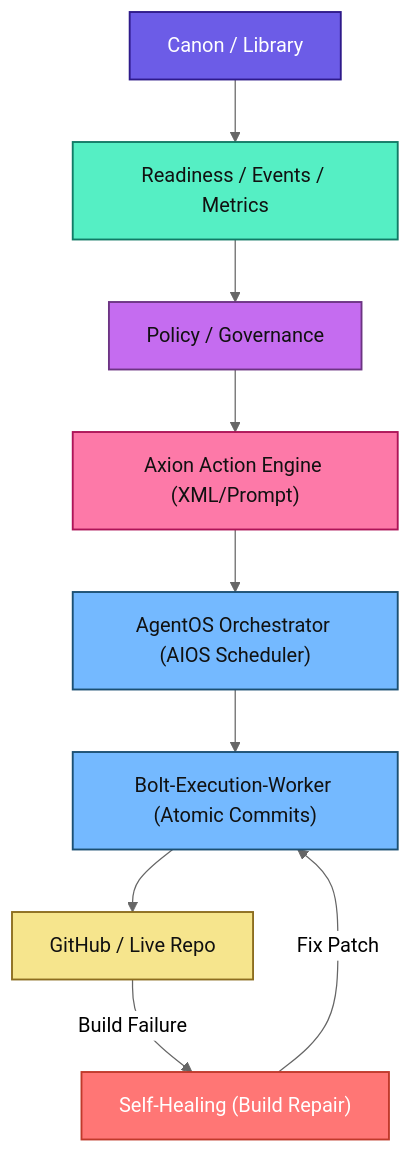
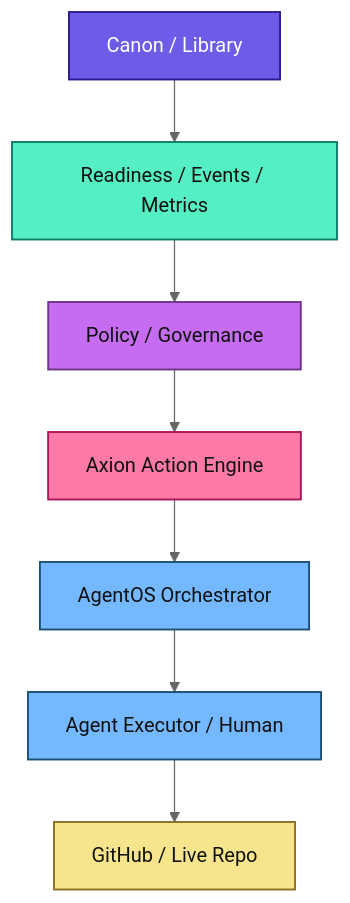
Before and after one commit to zansued/axionos: the third of 4 diagrams in docs/ARCHITECTURE.md, drawn with Mermaid (neutral theme). The commit also changed other lines of this file and 1 other file, not shown here.

Commit message:
Simplified ARCHITECTURE and GOVERNANCE

````diff
--- a/docs/ARCHITECTURE.md
+++ b/docs/ARCHITECTURE.md
@@ -438,28 +205,24 @@
 ```mermaid
 flowchart TD
-      Canon["Canon / Library"]:::canon
-      Signals["Readiness / Events / Metrics"]:::data
-      Policy["Policy / Governance"]:::governance
-      AE["Axion Action Engine (XML/Prompt)"]:::runtime
-      AgentOS["AgentOS Orchestrator (AIOS Scheduler)"]:::core
-      Executor["Bolt-Execution-Worker (Atomic Commits)"]:::core
-      Heal["Self-Healing (Build Repair)"]:::heal
-      Final["GitHub / Live Repo"]:::human
-  
-      Canon --> Signals
-      Signals --> Policy
-      Policy --> AE
-      AE --> AgentOS
-      AgentOS --> Executor
-      Executor --> Final
-      Final -- "Build Failure" --> Heal
-      Heal -- "Fix Patch" --> Executor
+    Canon["Canon / Library"]:::canon
+    Signals["Readiness / Events / Metrics"]:::data
+    Policy["Policy / Governance"]:::governance
+    AE["Axion Action Engine"]:::runtime
+    AgentOS["AgentOS Orchestrator"]:::core
+    Executor["Agent Executor / Human"]:::core
+    Final["GitHub / Live Repo"]:::human
 
-      classDef canon fill:#6C5CE7,stroke:#2E1A8A,color:#fff,stroke-width:1.5px;
-      classDef data fill:#55EFC4,stroke:#117A65,color:#111,stroke-width:1.5px;
-      classDef governance fill:#C56CF0,stroke:#6C3483,color:#111,stroke-width:1.5px;
-      classDef runtime fill:#FD79A8,stroke:#AD1457,color:#111,stroke-width:1.5px;
-      classDef core fill:#74B9FF,stroke:#1B4F72,color:#111,stroke-width:1.5px;
-      classDef heal fill:#FF7675,stroke:#C0392B,color:#fff,stroke-width:1.5px;
-      classDef human fill:#F6E58D,stroke:#8C6D1F,color:#111,stroke-width:1.5px;
+    Canon --> Signals
+    Signals --> Policy
+    Policy --> AE
+    AE --> AgentOS
+    AgentOS --> Executor
+    Executor --> Final
+
+    classDef canon fill:#6C5CE7,stroke:#2E1A8A,color:#fff,stroke-width:1.5px;
+    classDef data fill:#55EFC4,stroke:#117A65,color:#111,stroke-width:1.5px;
+    classDef governance fill:#C56CF0,stroke:#6C3483,color:#111,stroke-width:1.5px;
+    classDef runtime fill:#FD79A8,stroke:#AD1457,color:#111,stroke-width:1.5px;
+    classDef core fill:#74B9FF,stroke:#1B4F72,color:#111,stroke-width:1.5px;
+    classDef human fill:#F6E58D,stroke:#8C6D1F,color:#111,stroke-width:1.5px;
 ```
````
